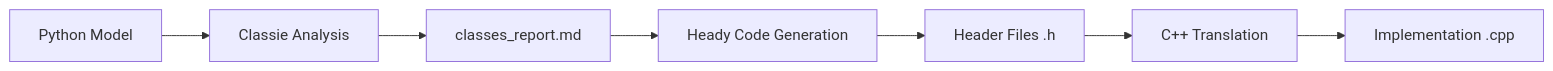
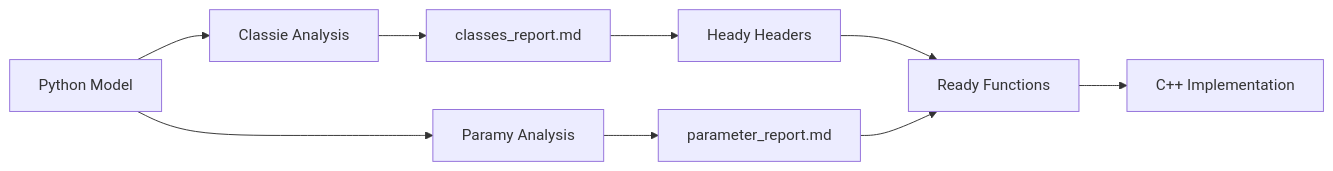
One commit to marsguo2049/Py2Cpp4OR changed the diagram in agent.md. Above: the diagram before and after it, drawn with Mermaid. The commit also changed other lines of this file, not shown here.

````diff
--- a/agent.md
+++ b/agent.md
@@ -245,9 +227,11 @@
 ```mermaid
 graph LR
-    A[Python Model] --> B[Classie Analysis]
-    B --> C[classes_report.md]
-    C --> D[Heady Code Generation]
-    D --> E[Header Files .h]
-    E --> F[C++ Translation]
-    F --> G[Implementation .cpp]
+    A[Python Model] --> B[Paramy Analysis]
+    A --> C[Classie Analysis]
+    B --> D[parameter_report.md]
+    C --> E[classes_report.md]
+    E --> F[Heady Headers]
+    F --> G[Ready Functions]
+    D --> G
+    G --> H[C++ Implementation]
 ```
````
